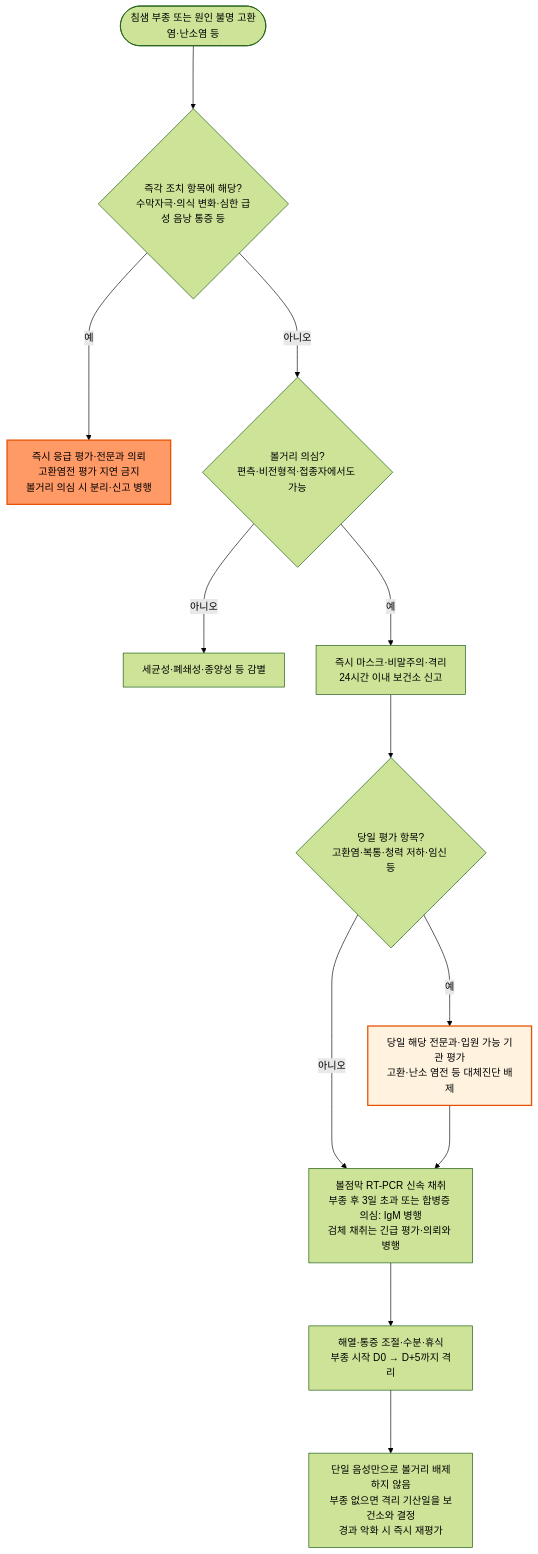
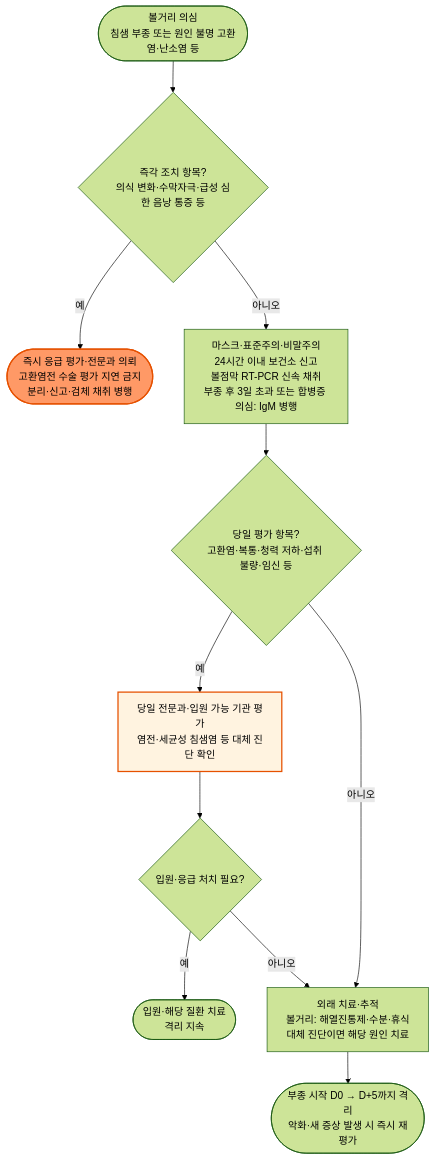
The diagram in 230_/197_-mumps.md (familyoh77/familyoh77), drawn with Mermaid (forest theme) before and after one commit. The commit also changed other lines of this file and 16 other files, not shown here.

````diff
--- a/230_/197_-mumps.md
+++ b/230_/197_-mumps.md
@@ -134,16 +138,15 @@
 ```mermaid
-graph TD
-    A(["침샘 부종 또는 원인 불명 고환염·난소염 등"]) ---> B{"즉각 조치 항목에 해당?<br/>수막자극·의식 변화·심한 급성 음낭 통증 등"}
-    B -- 예 ---> F["즉시 응급 평가·전문과 의뢰<br/>고환염전 평가 지연 금지<br/>볼거리 의심 시 분리·신고 병행"]
-    B -- 아니오 ---> C{"볼거리 의심?<br/>편측·비전형적·접종자에서도 가능"}
-    C -- 아니오 ---> H["세균성·폐쇄성·종양성 등 감별"]
-    C -- 예 ---> D["즉시 마스크·비말주의·격리<br/>24시간 이내 보건소 신고"]
-    D ---> Q{"당일 평가 항목?<br/>고환염·복통·청력 저하·임신 등"}
-    Q -- 예 ---> K["당일 해당 전문과·입원 가능 기관 평가<br/>고환·난소 염전 등 대체진단 배제"]
-    Q -- 아니오 ---> E["볼점막 RT-PCR 신속 채취<br/>부종 후 3일 초과 또는 합병증 의심: IgM 병행<br/>검체 채취는 긴급 평가·의뢰와 병행"]
-    K ---> E
-    E ---> I["해열·통증 조절·수분·휴식<br/>부종 시작 D0 → D+5까지 격리"]
-    I ---> R["단일 음성만으로 볼거리 배제하지 않음<br/>부종 없으면 격리 기산일을 보건소와 결정<br/>경과 악화 시 즉시 재평가"]
+flowchart TD
+    A(["볼거리 의심<br/>침샘 부종 또는 원인 불명 고환염·난소염 등"]) --> B{"즉각 조치 항목?<br/>의식 변화·수막자극·급성 심한 음낭 통증 등"}
+    B -- 예 --> F(["즉시 응급 평가·전문과 의뢰<br/>고환염전 수술 평가 지연 금지<br/>분리·신고·검체 채취 병행"])
+    B -- 아니오 --> D["마스크·표준주의·비말주의<br/>24시간 이내 보건소 신고<br/>볼점막 RT-PCR 신속 채취<br/>부종 후 3일 초과 또는 합병증 의심: IgM 병행"]
+    D --> Q{"당일 평가 항목?<br/>고환염·복통·청력 저하·섭취 불량·임신 등"}
+    Q -- 예 --> K["당일 전문과·입원 가능 기관 평가<br/>염전·세균성 침샘염 등 대체 진단 확인"]
+    K --> V{"입원·응급 처치 필요?"}
+    V -- 예 --> H(["입원·해당 질환 치료<br/>격리 지속"])
+    V -- 아니오 --> I["외래 치료·추적<br/>볼거리: 해열진통제·수분·휴식<br/>대체 진단이면 해당 원인 치료"]
+    Q -- 아니오 --> I
+    I --> R(["부종 시작 D0 → D+5까지 격리<br/>악화·새 증상 발생 시 즉시 재평가"])
     style F fill:#f96,stroke:#e65100,stroke-width:2px
     style K fill:#fff3e0,stroke:#e65100,stroke-width:2px
 ```
````
